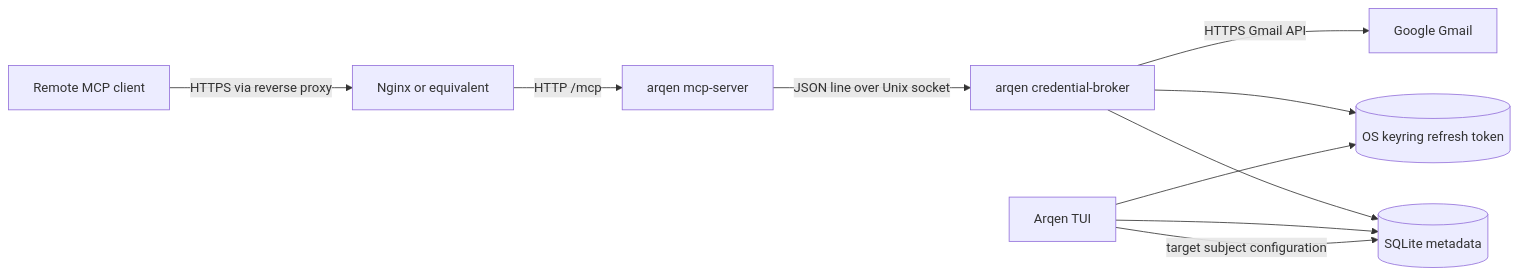
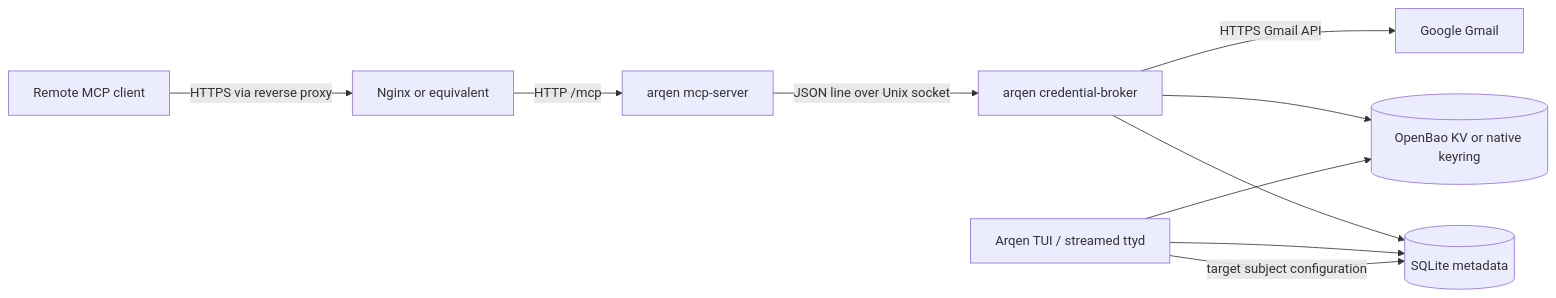
The diagram in docs/architecture/overview.md (Operator-Syn/arqen), drawn with Mermaid before and after one commit. The commit also changed other lines of this file, not shown here.

Commit message:
docs: update architecture overview

````diff
--- a/docs/architecture/overview.md
+++ b/docs/architecture/overview.md
@@ -13,12 +14,12 @@
 ```mermaid
 flowchart LR
     client[Remote MCP client] -->|HTTPS via reverse proxy| edge[Nginx or equivalent]
     edge -->|HTTP /mcp| server[arqen mcp-server]
     server -->|JSON line over Unix socket| broker[arqen credential-broker]
     broker --> db[(SQLite metadata)]
-    broker --> keyring[(OS keyring refresh token)]
+    broker --> store[(OpenBao KV or native keyring)]
     broker -->|HTTPS Gmail API| gmail[Google Gmail]
-    tui[Arqen TUI] --> db
-    tui --> keyring
+    tui[Arqen TUI / streamed ttyd] --> db
+    tui --> store
     tui -->|target subject configuration| db
 ```
````
